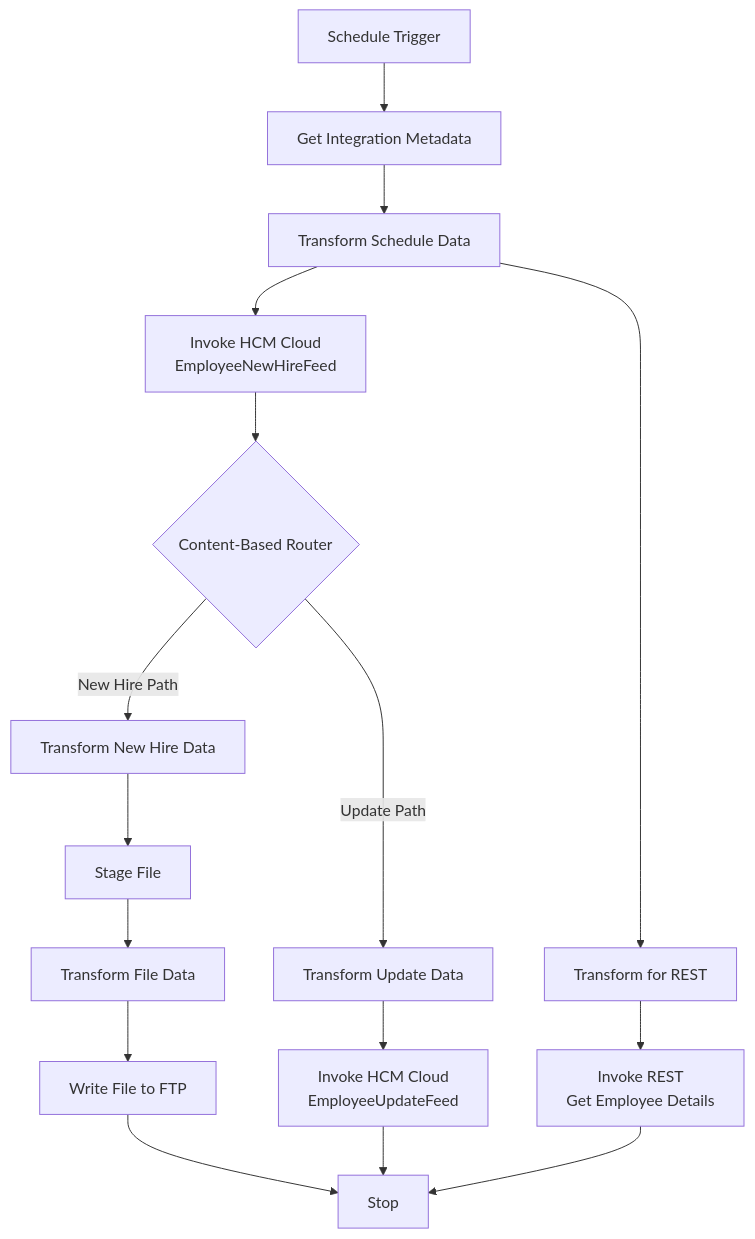
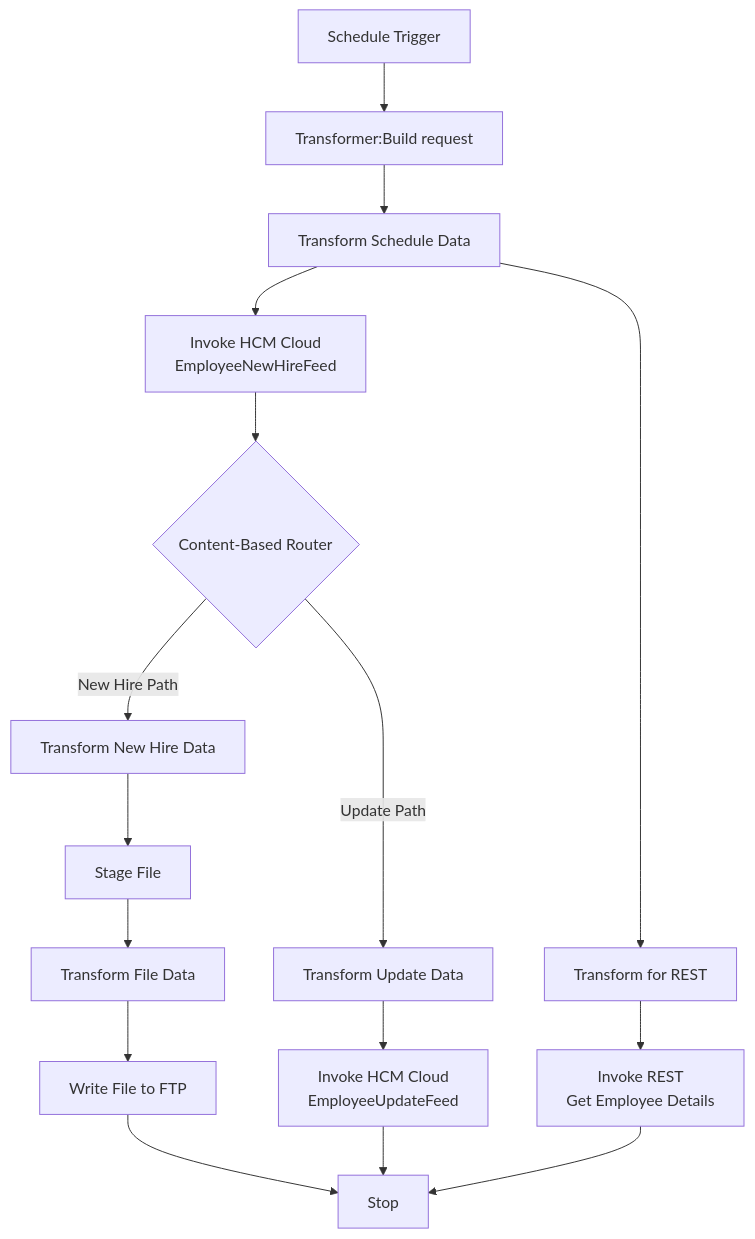
The first of 2 diagrams in Seaspan/Helm/EmployeeMaster.md (shanchih/Seaspan), drawn with Mermaid before and after one commit. The commit also changed other lines of this file, not shown here.

````diff
--- a/Seaspan/Helm/EmployeeMaster.md
+++ b/Seaspan/Helm/EmployeeMaster.md
@@ -63,24 +63,24 @@
 ```mermaid
 flowchart TD
-    A[Schedule Trigger] --> B[Get Integration Metadata]
+    A[Schedule Trigger] --> B[Transformer:Build request]
     B --> C[Transform Schedule Data]
     C --> D[Invoke HCM Cloud\nEmployeeNewHireFeed]
     D --> E{Content-Based Router}
     
     E --> |New Hire Path| F[Transform New Hire Data]
     F --> G[Stage File]
     G --> H[Transform File Data]
     H --> I[Write File to FTP]
     
     E --> |Update Path| J[Transform Update Data]
     J --> K[Invoke HCM Cloud\nEmployeeUpdateFeed]
     
     C --> L[Transform for REST]
     L --> M[Invoke REST\nGet Employee Details]
     
     I --> N[Stop]
     K --> N
     M --> N
 
 
 ```
````
